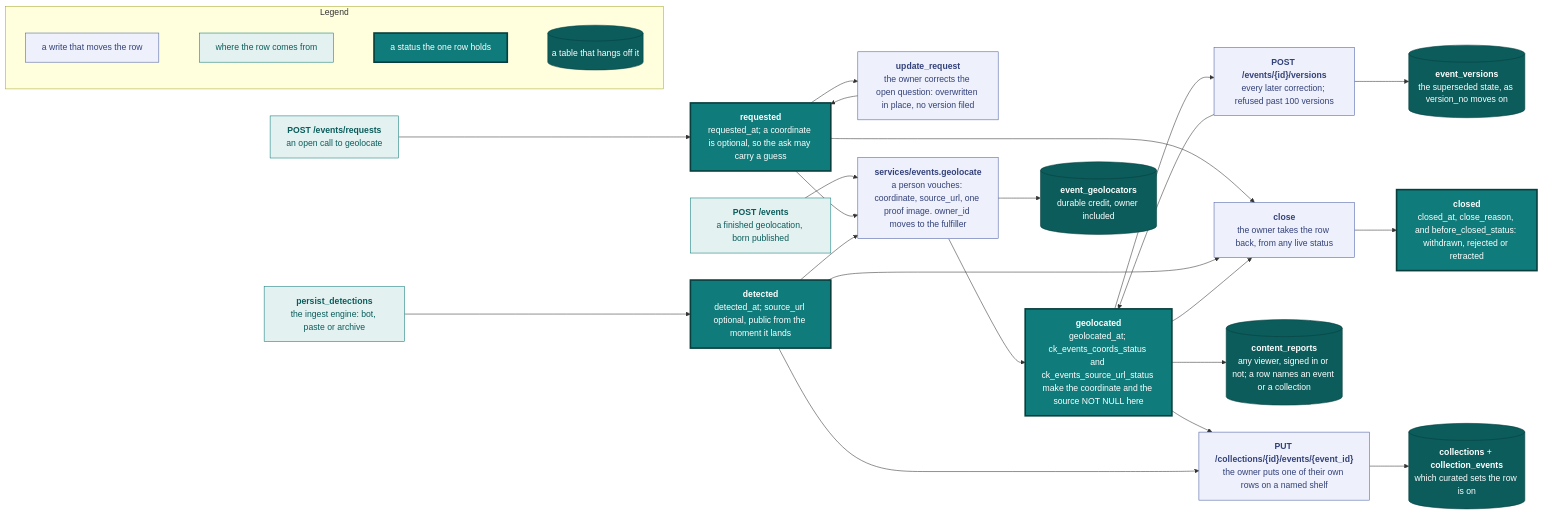
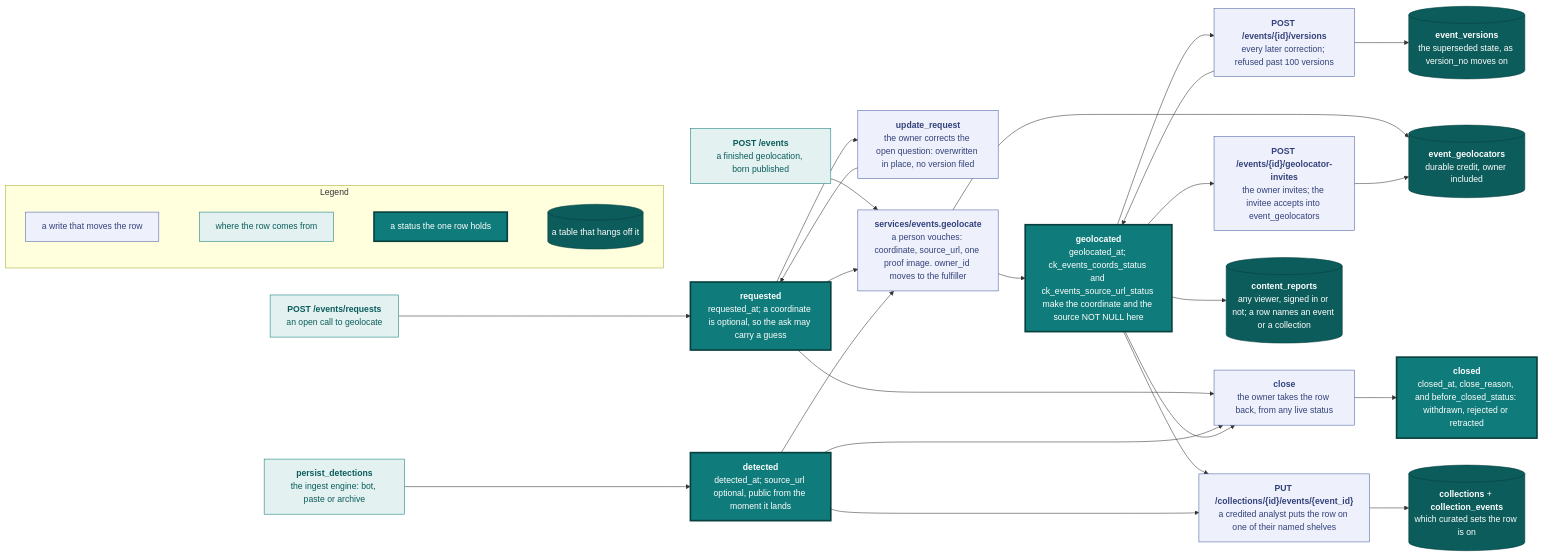
The first of 2 diagrams in docs/data-model.md (vidithq/vidit), drawn with Mermaid before and after one commit. The commit also changed other lines of this file and 70 other files, not shown here.

First line of the commit message:
feat: co-geolocators with invitations, shared credit and erasure hand-over (#568)

````diff
--- a/docs/data-model.md
+++ b/docs/data-model.md
@@ -5,70 +5,73 @@
 ```mermaid
 flowchart LR
   classDef spec fill:#eef1fb,stroke:#4a5fa5,color:#33417a
   classDef shared fill:#e3f2f1,stroke:#0f7b7a,color:#0b5c5b
   classDef core fill:#0f7b7a,stroke:#083f3e,stroke-width:3px,color:#ffffff
   classDef store fill:#0b5c5b,stroke:#083f3e,color:#ffffff
 
   subgraph legend [Legend]
     direction LR
     l1["`a write that moves the row`"]:::spec
     l2["`where the row comes from`"]:::shared
     l3["`a status the one row holds`"]:::core
     l4[("`a table that hangs off it`")]:::store
     l1 ~~~ l2 ~~~ l3 ~~~ l4
   end
 
   ask["`**POST /events/requests**
   an open call to geolocate`"]:::shared
   submit["`**POST /events**
   a finished geolocation, born published`"]:::shared
   engine["`**persist_detections**
   the ingest engine: bot, paste or archive`"]:::shared
 
   requested["`**requested**
   requested_at; a coordinate is optional, so the ask may carry a guess`"]:::core
   detected["`**detected**
   detected_at; source_url optional, public from the moment it lands`"]:::core
   geolocated["`**geolocated**
   geolocated_at; ck_events_coords_status and ck_events_source_url_status make the coordinate and the source NOT NULL here`"]:::core
   closed["`**closed**
   closed_at, close_reason, and before_closed_status: withdrawn, rejected or retracted`"]:::core
 
   amend["`**update_request**
   the owner corrects the open question: overwritten in place, no version filed`"]:::spec
   vouch["`**services/events.geolocate**
   a person vouches: coordinate, source_url, one proof image. owner_id moves to the fulfiller`"]:::spec
   version["`**POST /events/{id}/versions**
   every later correction; refused past 100 versions`"]:::spec
   close["`**close**
   the owner takes the row back, from any live status`"]:::spec
 
   credit[("`**event_geolocators**
   durable credit, owner included`")]:::store
+  invite["`**POST /events/{id}/geolocator-invites**
+  the owner invites; the invitee accepts into event_geolocators`"]:::spec
   versions[("`**event_versions**
   the superseded state, as version_no moves on`")]:::store
   reports[("`**content_reports**
   any viewer, signed in or not; a row names an event or a collection`")]:::store
   shelve["`**PUT /collections/{id}/events/{event_id}**
-  the owner puts one of their own rows on a named shelf`"]:::spec
+  a credited analyst puts the row on one of their named shelves`"]:::spec
   shelves[("`**collections** + **collection_events**
   which curated sets the row is on`")]:::store
 
   ask --> requested
   engine --> detected
   submit --> vouch
   requested --> amend --> requested
   requested --> vouch
   detected --> vouch
   vouch --> geolocated --> version --> geolocated
   vouch --> credit
+  geolocated --> invite --> credit
   version --> versions
   requested --> close
   detected --> close
   geolocated --> close
   close --> closed
   geolocated --> reports
   geolocated --> shelve
   detected --> shelve
   shelve --> shelves
 ```
````
